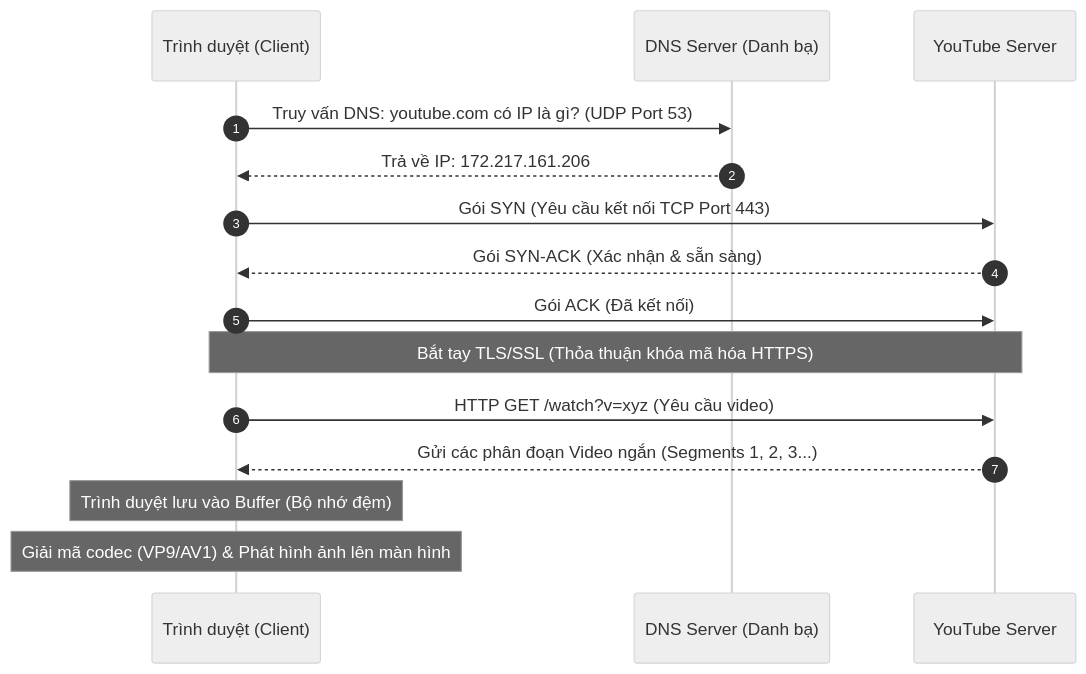
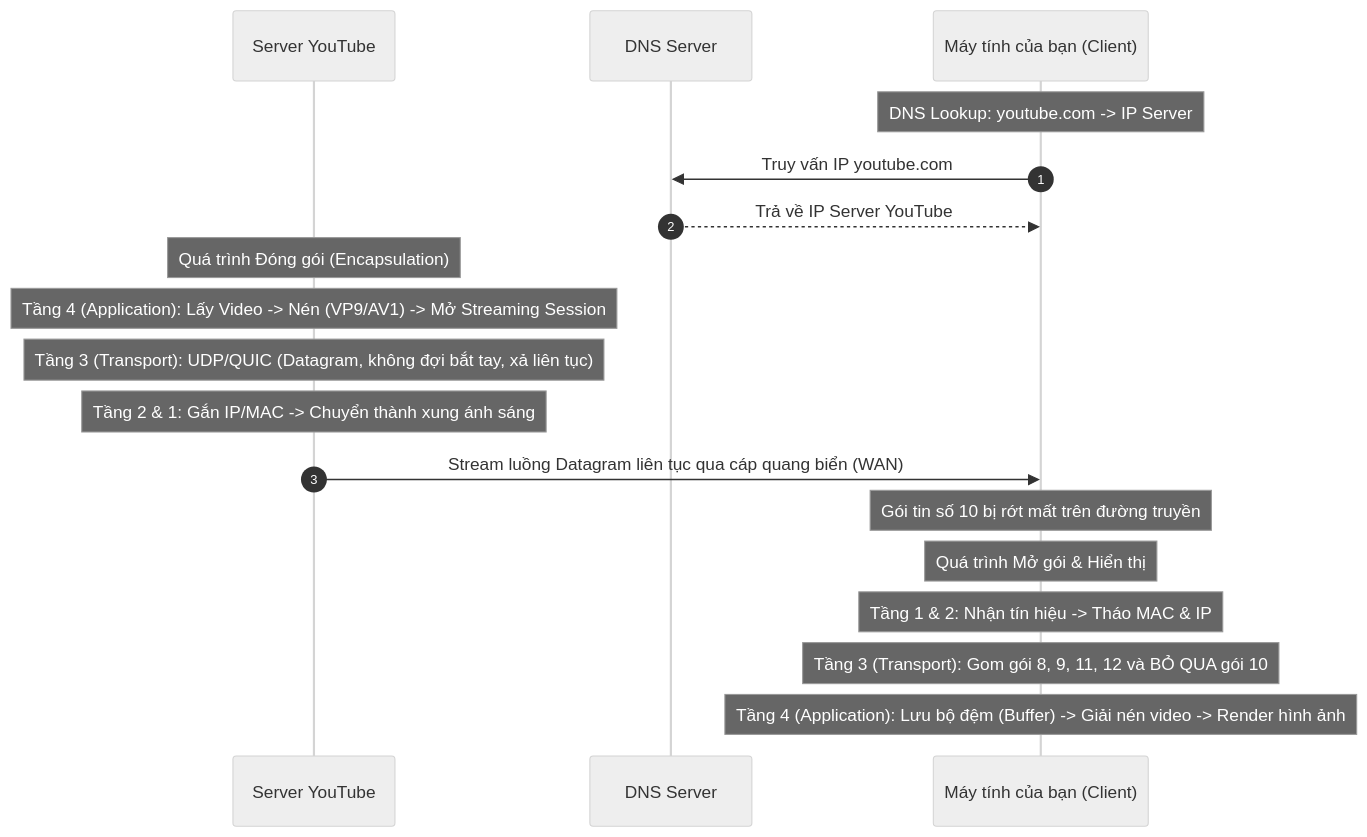
Before and after one commit to NghiaDPTWork/cs-fundamentals: the third of 3 diagrams in network/network_mindmap.md, drawn with Mermaid (neutral theme). The commit also changed other lines of this file, not shown here.

Commit message:
docs: update network_mindmap flows with Zalo and YouTube details

````diff
--- a/network/network_mindmap.md
+++ b/network/network_mindmap.md
@@ -240,29 +235,24 @@
 ```mermaid
 sequenceDiagram
     autonumber
-    participant Client as Trình duyệt (Client)
-    participant DNS as DNS Server (Danh bạ)
-    participant YT_Server as YouTube Server
+    participant Server as Server YouTube
+    participant DNS as DNS Server
+    participant Client as Máy tính của bạn (Client)
     
-    %% Bước 1: DNS
-    Client->>DNS: Truy vấn DNS: youtube.com có IP là gì? (UDP Port 53)
-    DNS-->>Client: Trả về IP: 172.217.161.206
+    Note over Client: DNS Lookup: youtube.com -> IP Server
+    Client->>DNS: Truy vấn IP youtube.com
+    DNS-->>Client: Trả về IP Server YouTube
     
-    %% Bước 2: Bắt tay TCP
-    Client->>YT_Server: Gói SYN (Yêu cầu kết nối TCP Port 443)
-    YT_Server-->>Client: Gói SYN-ACK (Xác nhận & sẵn sàng)
-    Client->>YT_Server: Gói ACK (Đã kết nối)
+    Note over Server: Quá trình Đóng gói (Encapsulation)
+    Note over Server: Tầng 4 (Application): Lấy Video -> Nén (VP9/AV1) -> Mở Streaming Session
+    Note over Server: Tầng 3 (Transport): UDP/QUIC (Datagram, không đợi bắt tay, xả liên tục)
+    Note over Server: Tầng 2 & 1: Gắn IP/MAC -> Chuyển thành xung ánh sáng
     
-    %% Bước 3: TLS Handshake
-    Note over Client, YT_Server: Bắt tay TLS/SSL (Thỏa thuận khóa mã hóa HTTPS)
+    Server->>Client: Stream luồng Datagram liên tục qua cáp quang biển (WAN)
+    Note over Client: Gói tin số 10 bị rớt mất trên đường truyền
     
-    %% Bước 4: Request Video
-    Client->>YT_Server: HTTP GET /watch?v=xyz (Yêu cầu video)
-    
-    %% Bước 5: Stream Video Segments
-    YT_Server-->>Client: Gửi các phân đoạn Video ngắn (Segments 1, 2, 3...)
-    Note over Client: Trình duyệt lưu vào Buffer (Bộ nhớ đệm)
-    
-    %% Bước 6: Render
-    Note over Client: Giải mã codec (VP9/AV1) & Phát hình ảnh lên màn hình
+    Note over Client: Quá trình Mở gói & Hiển thị
+    Note over Client: Tầng 1 & 2: Nhận tín hiệu -> Tháo MAC & IP
+    Note over Client: Tầng 3 (Transport): Gom gói 8, 9, 11, 12 và BỎ QUA gói 10
+    Note over Client: Tầng 4 (Application): Lưu bộ đệm (Buffer) -> Giải nén video -> Render hình ảnh
 ```
````
